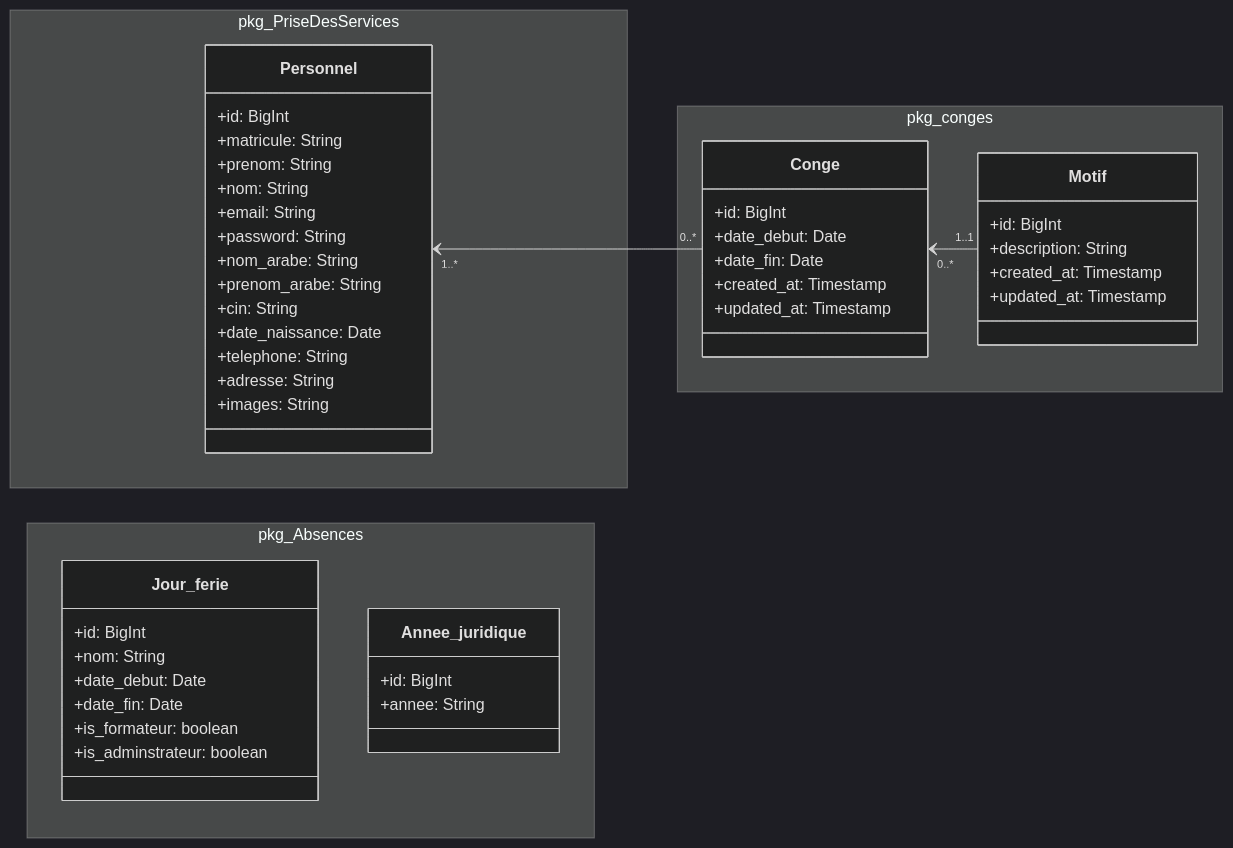
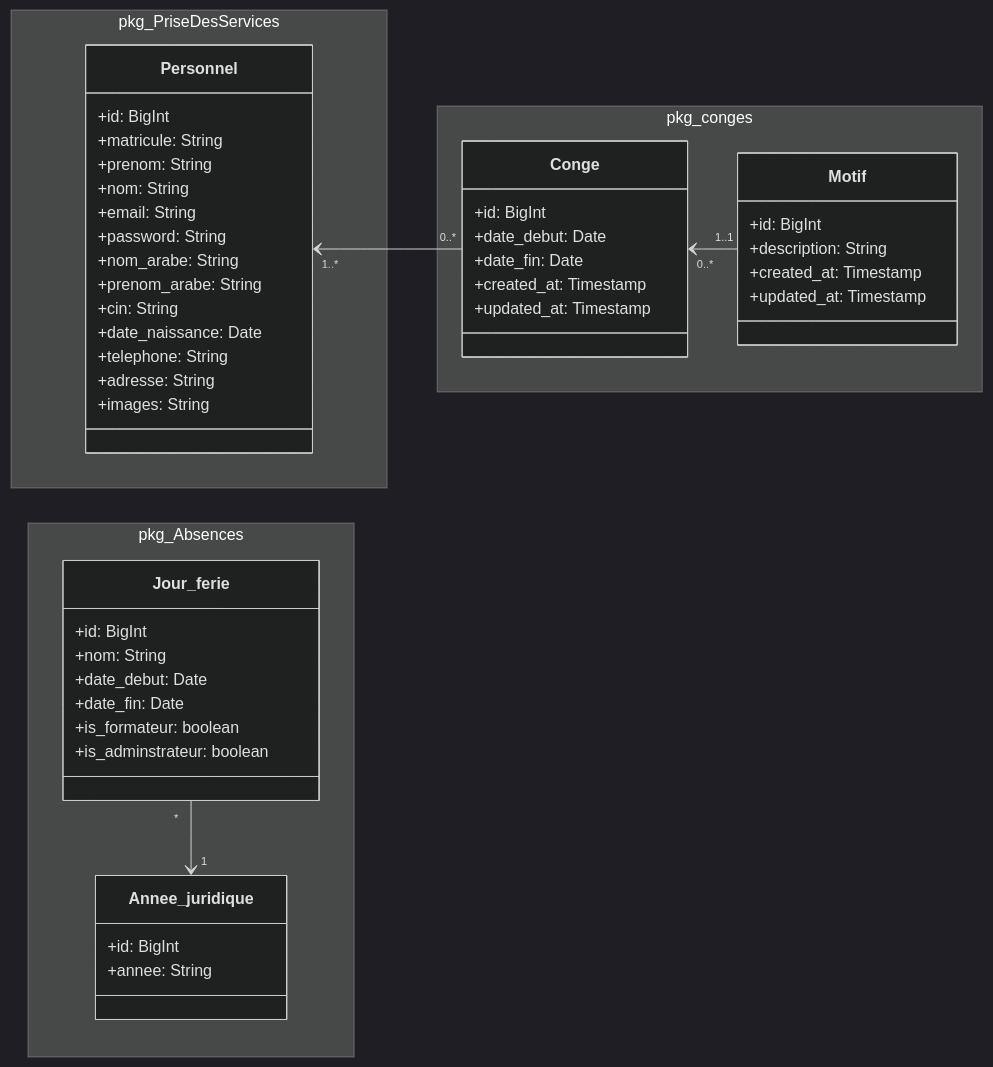
The diagram in modélisation/pkg_Conge/diagramme_de_classe-pkg_Conges.mmd (hamidAchaou/gestion-personnels), drawn with Mermaid (dark theme) before and after one commit. The commit also changed 2 other files, not shown here.

```diff
--- a/modélisation/pkg_Conge/diagramme_de_classe-pkg_Conges.mmd
+++ b/modélisation/pkg_Conge/diagramme_de_classe-pkg_Conges.mmd
@@ -1,56 +1,57 @@
 classDiagram
     direction LR
 
 namespace pkg_PriseDesServices {
     class Personnel {
         +id: BigInt
         +matricule: String
         +prenom: String
         +nom: String
         +email: String
         +password: String
         +nom_arabe: String
         +prenom_arabe: String
         +cin: String
         +date_naissance: Date
         +telephone: String
         +adresse: String
         +images: String
     }
 }
 namespace pkg_conges {
     class Conge {
         +id: BigInt
         +date_debut: Date
         +date_fin: Date
         +created_at: Timestamp
         +updated_at: Timestamp
     }
 
     class Motif {
         +id: BigInt
         +description: String
         +created_at: Timestamp
         +updated_at: Timestamp
     }
 }
 
 namespace pkg_Absences {
 
     class Jour_ferie {
         +id: BigInt
         +nom: String
         +date_debut: Date
         +date_fin: Date
         +is_formateur: boolean
         +is_adminstrateur: boolean
     }
 
     class Annee_juridique {
         +id: BigInt
         +annee: String
     }
 }
 
     Personnel "1..*" <-- "0..*" Conge 
     Conge "0..*" <-- "1..1" Motif
+    Jour_ferie "*" --> "1" Annee_juridique 
```
